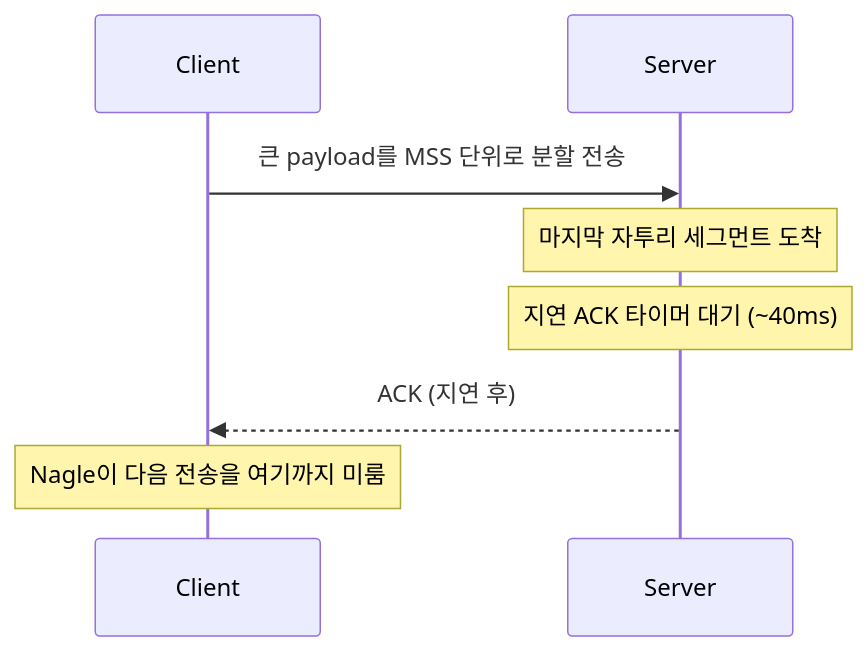
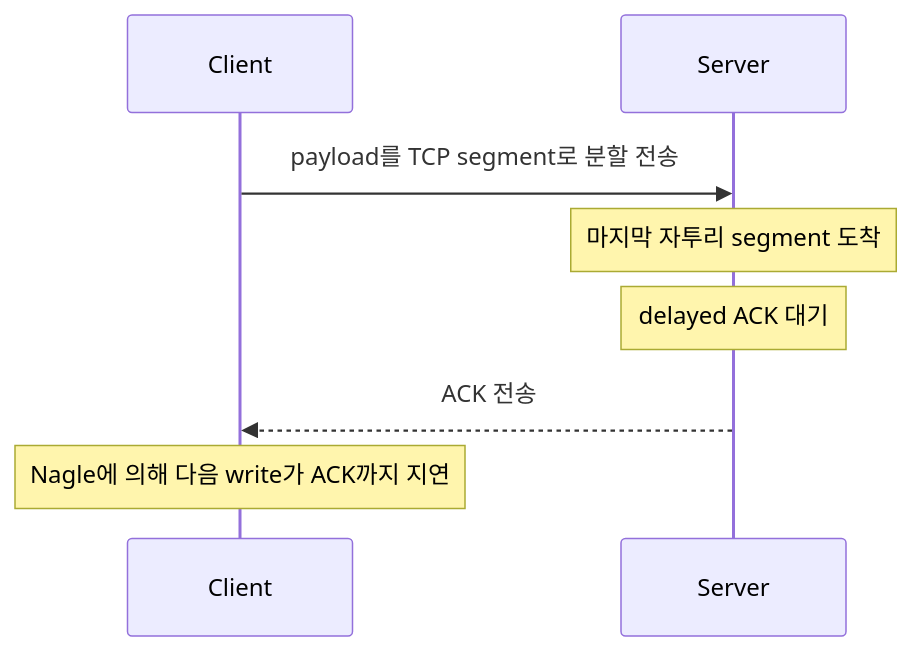
Before and after one commit to jwsung91/jwsung91.github.io: the third of 8 diagrams in src/content/blog/2026-07-01-unilink-tcp-nodelay-트러블슈팅.md, drawn with Mermaid. The commit also changed other lines of this file, not shown here.

Commit message:
Update Blog “2026-07-01-unilink-tcp-nodelay-트러블슈팅”

````diff
--- a/src/content/blog/2026-07-01-unilink-tcp-nodelay-트러블슈팅.md
+++ b/src/content/blog/2026-07-01-unilink-tcp-nodelay-트러블슈팅.md
@@ -50,10 +95,10 @@
 ```mermaid
 sequenceDiagram
     participant C as Client
     participant S as Server
-    C->>S: 큰 payload를 MSS 단위로 분할 전송
-    Note over S: 마지막 자투리 세그먼트 도착
-    Note over S: 지연 ACK 타이머 대기 (~40ms)
-    S-->>C: ACK (지연 후)
-    Note over C: Nagle이 다음 전송을 여기까지 미룸
+    C->>S: payload를 TCP segment로 분할 전송
+    Note over S: 마지막 자투리 segment 도착
+    Note over S: delayed ACK 대기
+    S-->>C: ACK 전송
+    Note over C: Nagle에 의해 다음 write가 ACK까지 지연
 ```
````
